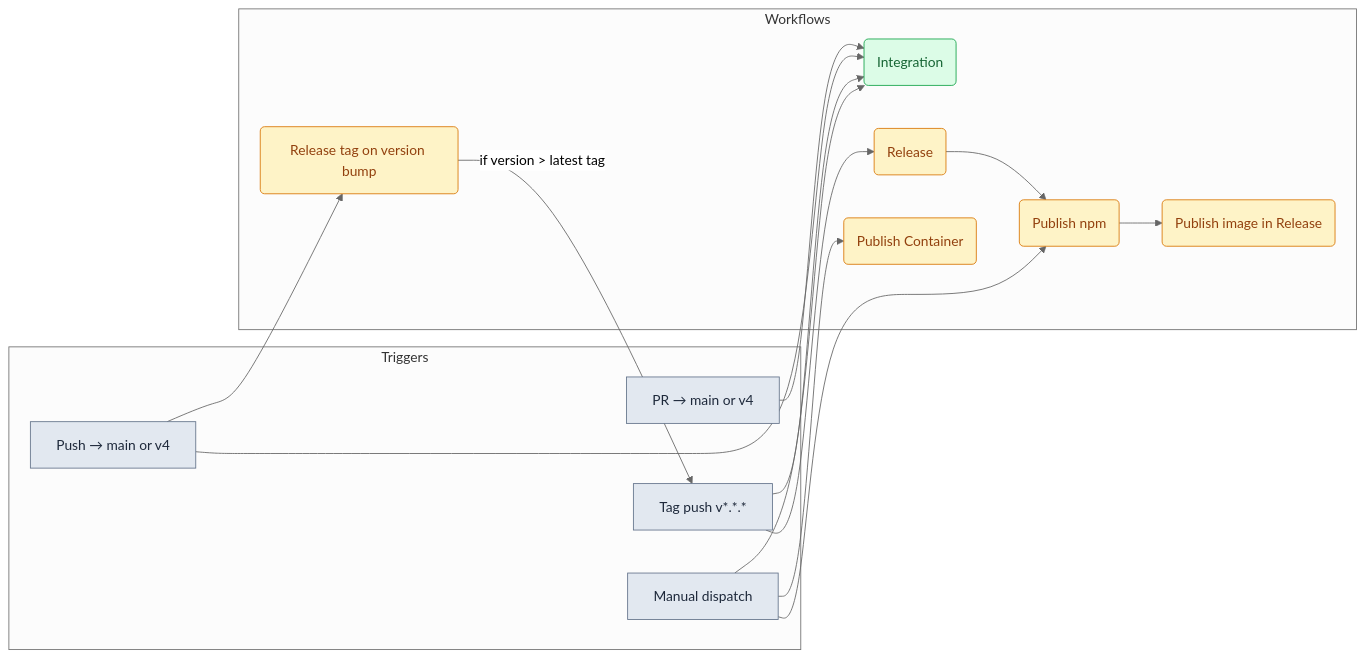
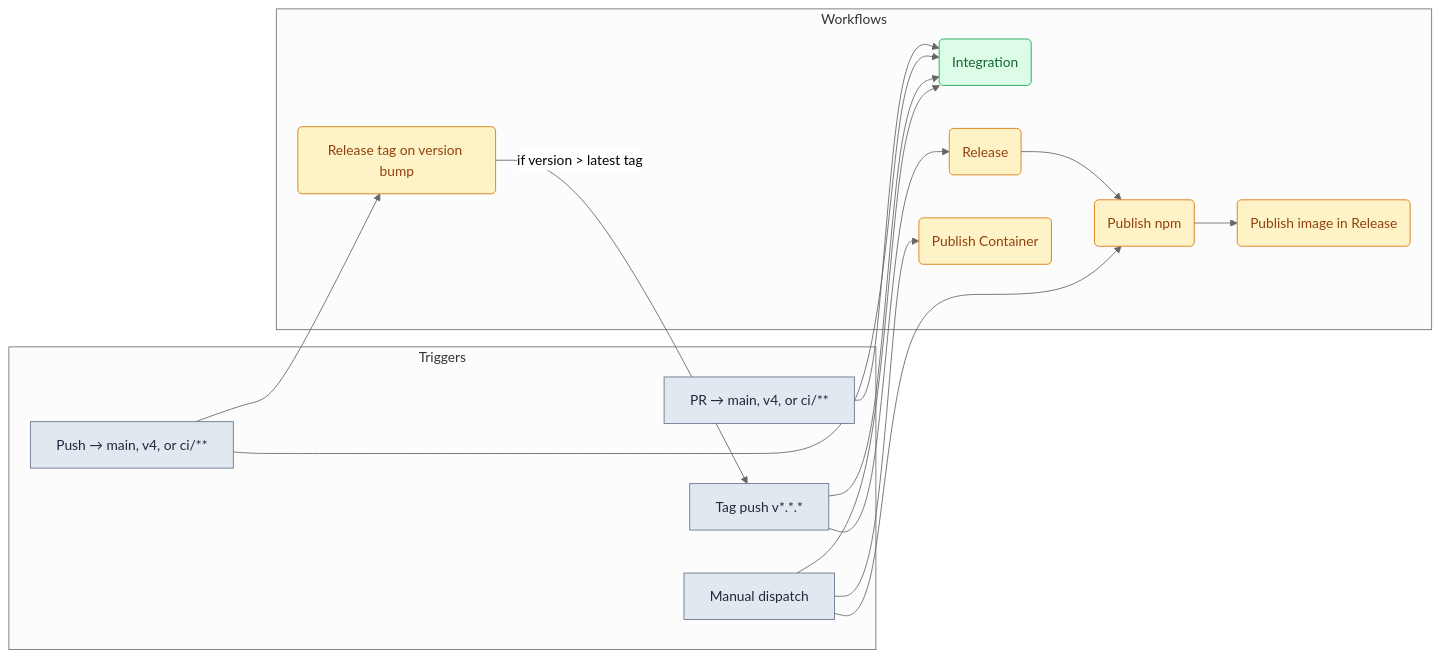
The first of 3 diagrams in .github/workflows/README.md (debian777/kairos-mcp), drawn with Mermaid (neutral theme) before and after one commit. The commit also changed other lines of this file and 1 other file, not shown here.

````diff
--- a/.github/workflows/README.md
+++ b/.github/workflows/README.md
@@ -5,37 +5,37 @@
 ```mermaid
 flowchart LR
   subgraph triggers["Triggers"]
-    PR[PR → main or v4]
-    PUSH[Push → main or v4]
+    PR[PR → main, v4, or ci/**]
+    PUSH[Push → main, v4, or ci/**]
     TAG[Tag push v*.*.*]
     MANUAL[Manual dispatch]
   end
 
   subgraph workflows["Workflows"]
     INT(Integration)
     RTAG(Release tag on version bump)
     REL(Release)
     PNPM(Publish npm)
     PIMG(Publish image in Release)
     PCONT(Publish Container)
   end
 
   PR --> INT
   PUSH --> INT
   PUSH --> RTAG
   TAG --> INT
   TAG --> REL
   RTAG -->|"if version > latest tag"| TAG
   REL --> PNPM
   PNPM --> PIMG
   MANUAL --> INT
   MANUAL --> PNPM
   MANUAL --> PCONT
 
   classDef trigger fill:#e2e8f0,stroke:#64748b,color:#1e293b
   classDef integration fill:#dcfce7,stroke:#16a34a,color:#166534
   classDef release fill:#fef3c7,stroke:#d97706,color:#92400e
   class PR,PUSH,TAG,MANUAL trigger
   class INT integration
   class RTAG,REL,PNPM,PIMG,PCONT release
 ```
````
